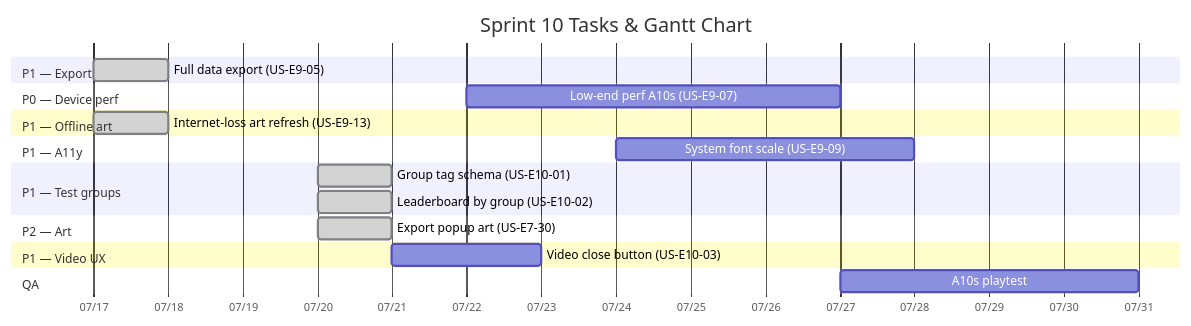
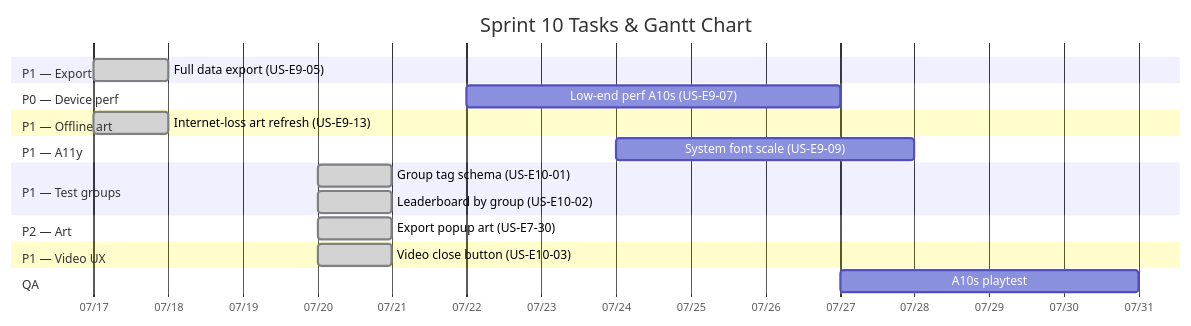
Before and after one commit to ChayutChanmueang/mci-cognitive-game-hub-dev-deploy: the diagram in docs/agile/sprint-backlogs/sprint-10.md, drawn with Mermaid. The commit also changed other lines of this file and 9 other files, not shown here.

````diff
--- a/docs/agile/sprint-backlogs/sprint-10.md
+++ b/docs/agile/sprint-backlogs/sprint-10.md
@@ -12,23 +12,23 @@
 ```mermaid
 gantt
     title Sprint 10 Tasks & Gantt Chart
     dateFormat  YYYY-MM-DD
     axisFormat  %m/%d
     section P1 — Export
     Full data export (US-E9-05)      :done, t5, 2026-07-17, 1d
     section P0 — Device perf
     Low-end perf A10s (US-E9-07)     :t7, 2026-07-22, 5d
     section P1 — Offline art
     Internet-loss art refresh (US-E9-13) :done, t13, 2026-07-17, 1d
     section P1 — A11y
     System font scale (US-E9-09)     :t9, 2026-07-24, 4d
     section P1 — Test groups
     Group tag schema (US-E10-01)     :done, t101, 2026-07-20, 1d
     Leaderboard by group (US-E10-02) :done, t102, 2026-07-20, 1d
     section P2 — Art
     Export popup art (US-E7-30)      :done, t730, 2026-07-20, 1d
     section P1 — Video UX
-    Video close button (US-E10-03)   :t1003, 2026-07-21, 2d
+    Video close button (US-E10-03)   :done, t1003, 2026-07-20, 1d
     section QA
     A10s playtest                    :q1, 2026-07-27, 4d
 ```
````
